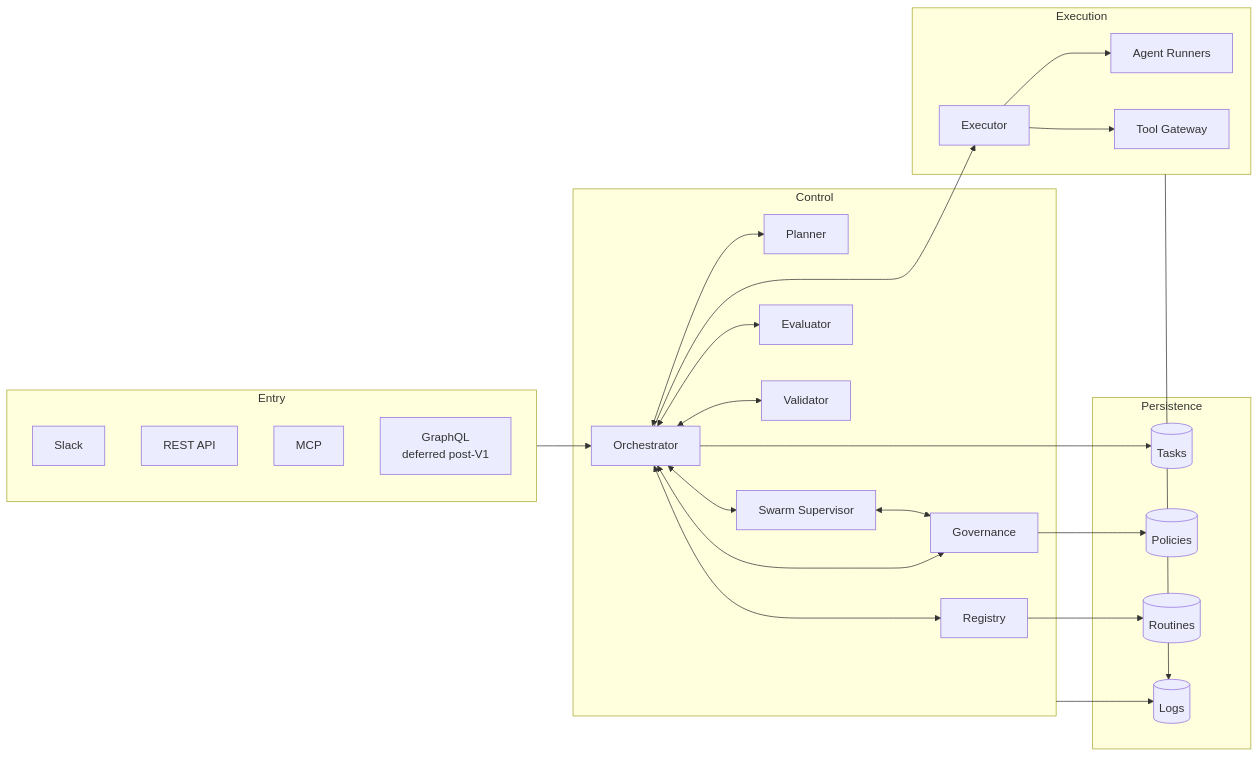
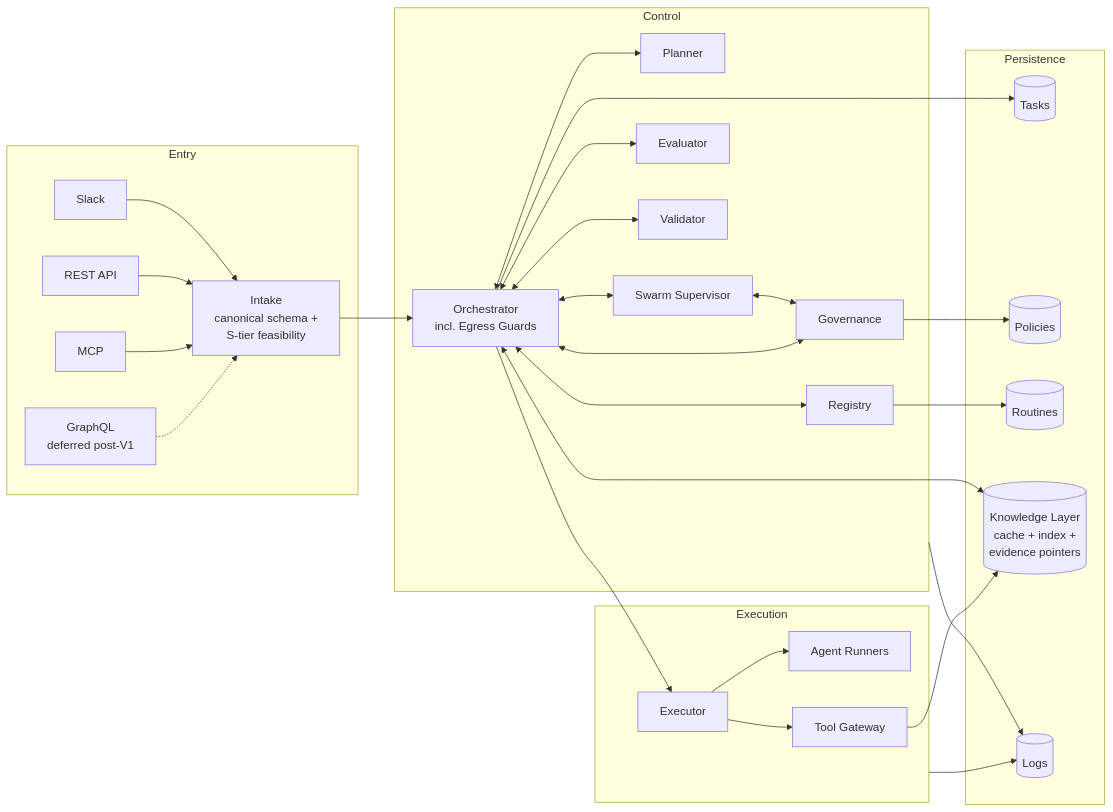
Before and after one commit to dr-robert-li/agentic-mesh-reference-arch: the first of 2 diagrams in docs/architecture.md, drawn with Mermaid. The commit also changed other lines of this file and 18 other files, not shown here.

Commit message:
docs: add context and evidence knowledge layer v0.1.3

````diff
--- a/docs/architecture.md
+++ b/docs/architecture.md
@@ -18,46 +18,54 @@
 ```mermaid
 flowchart LR
     subgraph Entry
         SLK[Slack]
         API[REST API]
         MCP[MCP]
         GQL[GraphQL<br/>deferred post-V1]
+        IN[Intake<br/>canonical schema +<br/>S-tier feasibility]
     end
     subgraph Control
-        ORCH[Orchestrator]
+        ORCH[Orchestrator<br/>incl. Egress Guards]
         PLAN[Planner]
         SS[Swarm Supervisor]
         GOV[Governance]
         EVAL[Evaluator]
         VAL[Validator]
         REG[Registry]
     end
     subgraph Execution
         EXEC[Executor]
         AG[Agent Runners]
         GW[Tool Gateway]
     end
     subgraph Persistence
         T[(Tasks)]
         P[(Policies)]
         R[(Routines)]
+        KL[(Knowledge Layer<br/>cache + index +<br/>evidence pointers)]
         L[(Logs)]
     end
 
-    Entry --> ORCH
+    SLK --> IN
+    API --> IN
+    MCP --> IN
+    GQL -.-> IN
+    IN --> ORCH
     ORCH <--> PLAN
     ORCH <--> SS
     SS <--> GOV
     ORCH <--> GOV
     ORCH <--> VAL
     ORCH --> EXEC
     ORCH <--> EVAL
     ORCH <--> REG
+    ORCH <--> KL
     EXEC --> AG
     EXEC --> GW
+    GW --> KL
     ORCH --> T
     GOV --> P
     REG --> R
     Control --> L
     Execution --> L
 ```
````
